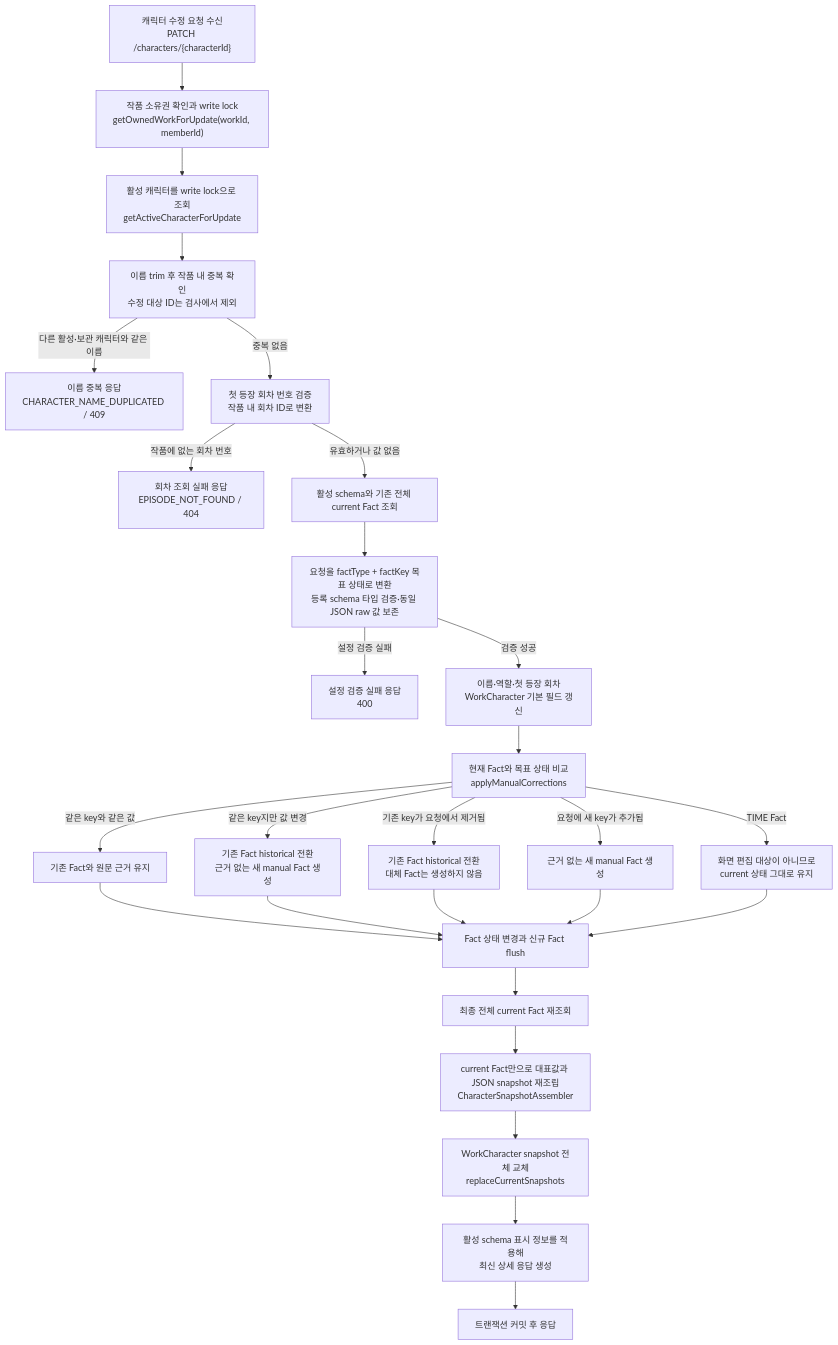
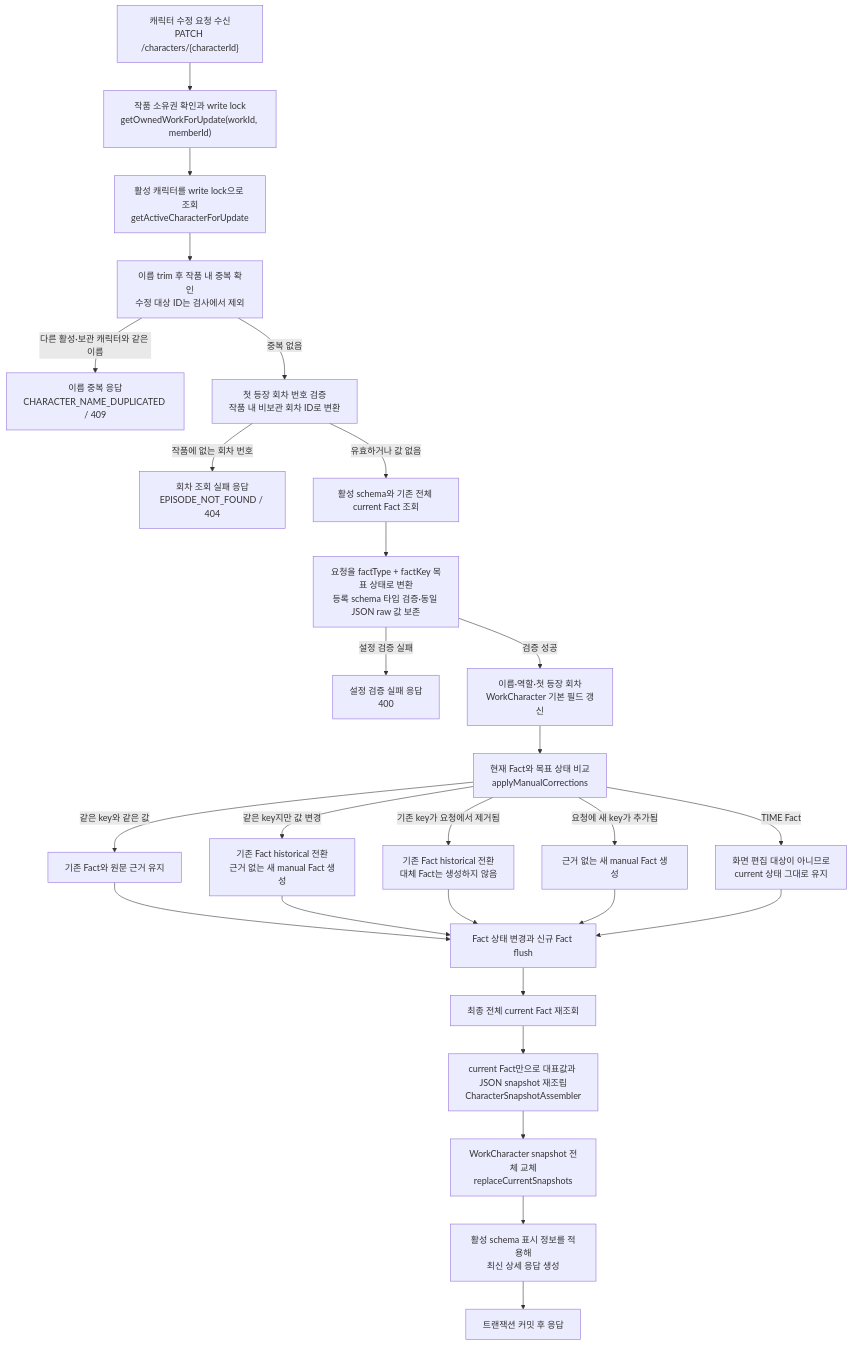
The first of 8 diagrams in docs/character.md (catchhole-soma/catchhole-backend-java), drawn with Mermaid before and after one commit. The commit also changed other lines of this file and 5 other files, not shown here.

````diff
--- a/docs/character.md
+++ b/docs/character.md
@@ -533,31 +533,31 @@
 ```mermaid
 flowchart TD
     A["캐릭터 수정 요청 수신<br/>PATCH /characters/{characterId}"] --> B["작품 소유권 확인과 write lock<br/>getOwnedWorkForUpdate(workId, memberId)"]
     B --> C["활성 캐릭터를 write lock으로 조회<br/>getActiveCharacterForUpdate"]
     C --> D["이름 trim 후 작품 내 중복 확인<br/>수정 대상 ID는 검사에서 제외"]
     D -->|"다른 활성·보관 캐릭터와 같은 이름"| X1["이름 중복 응답<br/>CHARACTER_NAME_DUPLICATED / 409"]
-    D -->|"중복 없음"| E["첫 등장 회차 번호 검증<br/>작품 내 회차 ID로 변환"]
+    D -->|"중복 없음"| E["첫 등장 회차 번호 검증<br/>작품 내 비보관 회차 ID로 변환"]
     E -->|"작품에 없는 회차 번호"| X2["회차 조회 실패 응답<br/>EPISODE_NOT_FOUND / 404"]
     E -->|"유효하거나 값 없음"| F["활성 schema와 기존 전체 current Fact 조회"]
     F --> G["요청을 factType + factKey 목표 상태로 변환<br/>등록 schema 타입 검증·동일 JSON raw 값 보존"]
     G -->|"설정 검증 실패"| X3["설정 검증 실패 응답<br/>400"]
     G -->|"검증 성공"| H["이름·역할·첫 등장 회차<br/>WorkCharacter 기본 필드 갱신"]
     H --> I["현재 Fact와 목표 상태 비교<br/>applyManualCorrections"]
 
     I -->|"같은 key와 같은 값"| I1["기존 Fact와 원문 근거 유지"]
     I -->|"같은 key지만 값 변경"| I2["기존 Fact historical 전환<br/>근거 없는 새 manual Fact 생성"]
     I -->|"기존 key가 요청에서 제거됨"| I3["기존 Fact historical 전환<br/>대체 Fact는 생성하지 않음"]
     I -->|"요청에 새 key가 추가됨"| I4["근거 없는 새 manual Fact 생성"]
     I -->|"TIME Fact"| I5["화면 편집 대상이 아니므로<br/>current 상태 그대로 유지"]
 
     I1 --> J["Fact 상태 변경과 신규 Fact flush"]
     I2 --> J
     I3 --> J
     I4 --> J
     I5 --> J
     J --> K["최종 전체 current Fact 재조회"]
     K --> L["current Fact만으로 대표값과 JSON snapshot 재조립<br/>CharacterSnapshotAssembler"]
     L --> M["WorkCharacter snapshot 전체 교체<br/>replaceCurrentSnapshots"]
     M --> N["활성 schema 표시 정보를 적용해<br/>최신 상세 응답 생성"]
     N --> O["트랜잭션 커밋 후 응답"]
 ```
````
